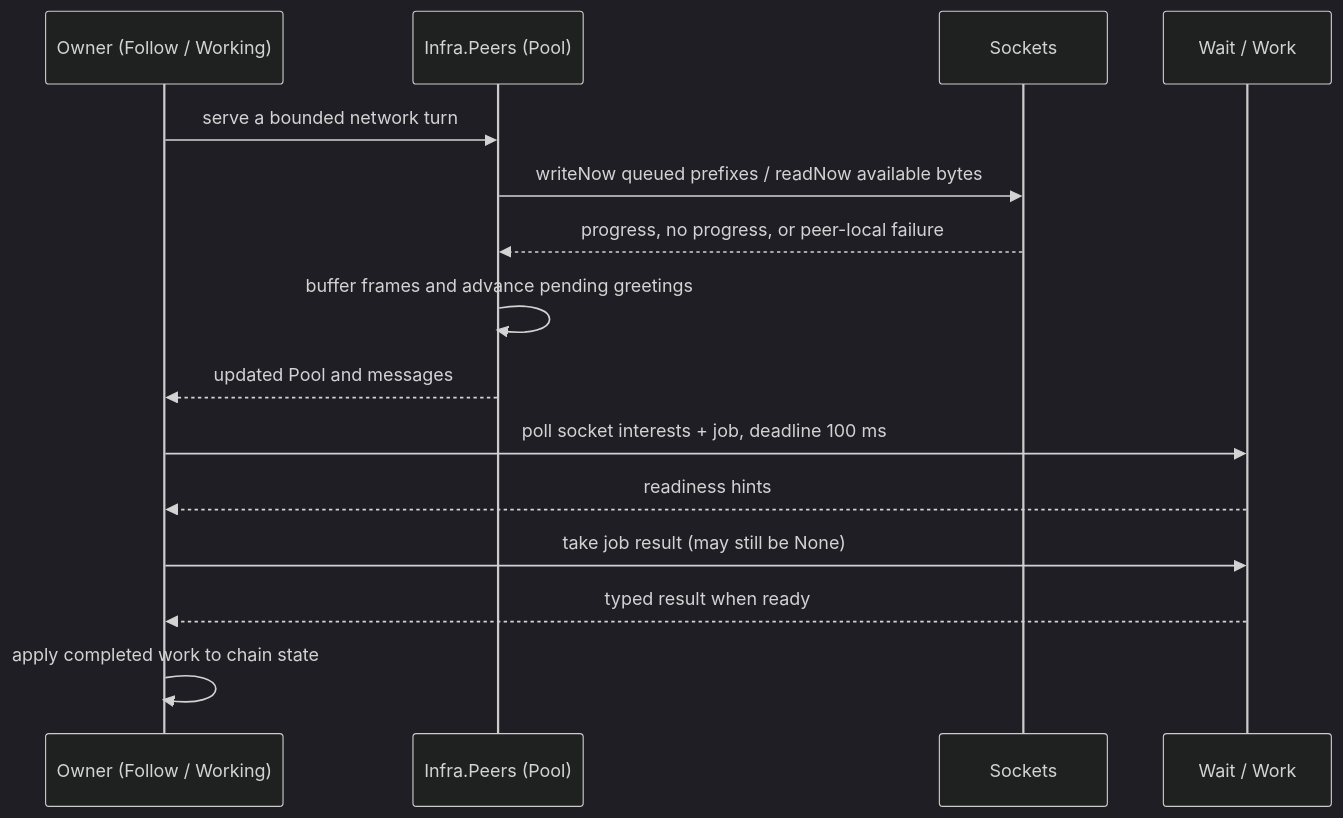
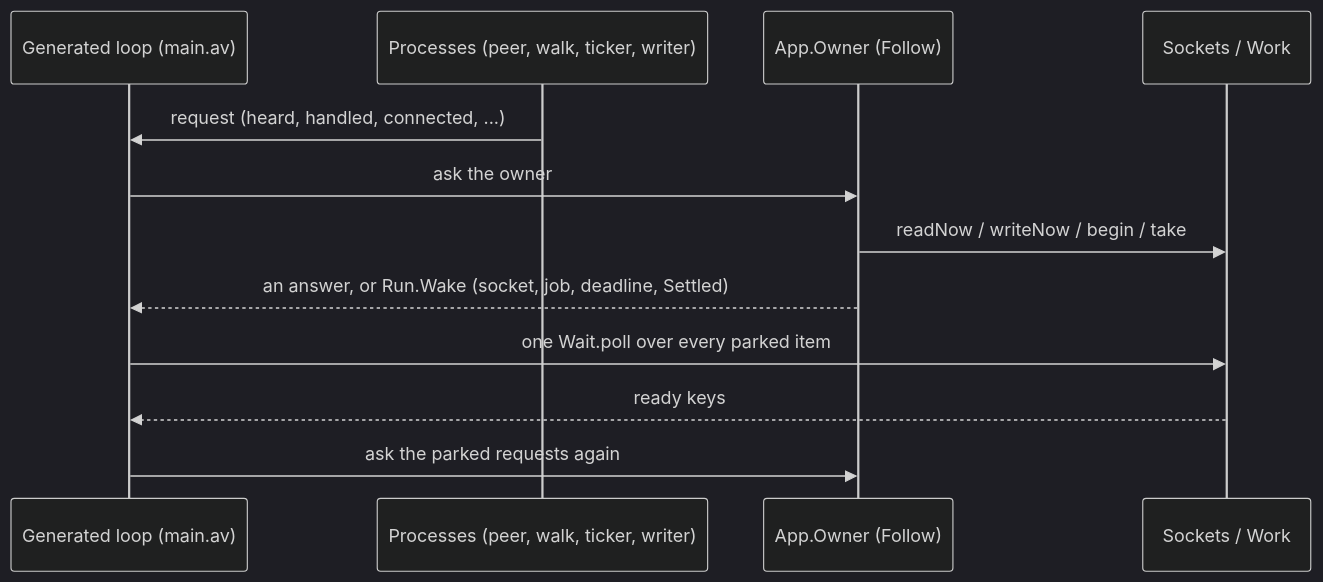
Before and after one commit to jasisz/btc-listener: the third of 7 diagrams in docs/architecture.md, drawn with Mermaid (dark theme). The commit also changed other lines of this file and 3 other files, not shown here.

Commit message:
Describe the processes follow runs as where the documents described the hand-written loop

````diff
--- a/docs/architecture.md
+++ b/docs/architecture.md
@@ -190,17 +190,14 @@
 ```mermaid
 sequenceDiagram
-    participant O as Owner (Follow / Working)
-    participant P as Infra.Peers (Pool)
-    participant S as Sockets
-    participant W as Wait / Work
-    O->>P: serve a bounded network turn
-    P->>S: writeNow queued prefixes / readNow available bytes
-    S-->>P: progress, no progress, or peer-local failure
-    P->>P: buffer frames and advance pending greetings
-    P-->>O: updated Pool and messages
-    O->>W: poll socket interests + job, deadline 100 ms
-    W-->>O: readiness hints
-    O->>W: take job result (may still be None)
-    W-->>O: typed result when ready
-    O->>O: apply completed work to chain state
+    participant L as Generated loop (main.av)
+    participant R as Processes (peer, walk, ticker, writer)
+    participant O as App.Owner (Follow)
+    participant S as Sockets / Work
+    R->>L: request (heard, handled, connected, ...)
+    L->>O: ask the owner
+    O->>S: readNow / writeNow / begin / take
+    O-->>L: an answer, or Run.Wake (socket, job, deadline, Settled)
+    L->>S: one Wait.poll over every parked item
+    S-->>L: ready keys
+    L->>O: ask the parked requests again
 ```
````
